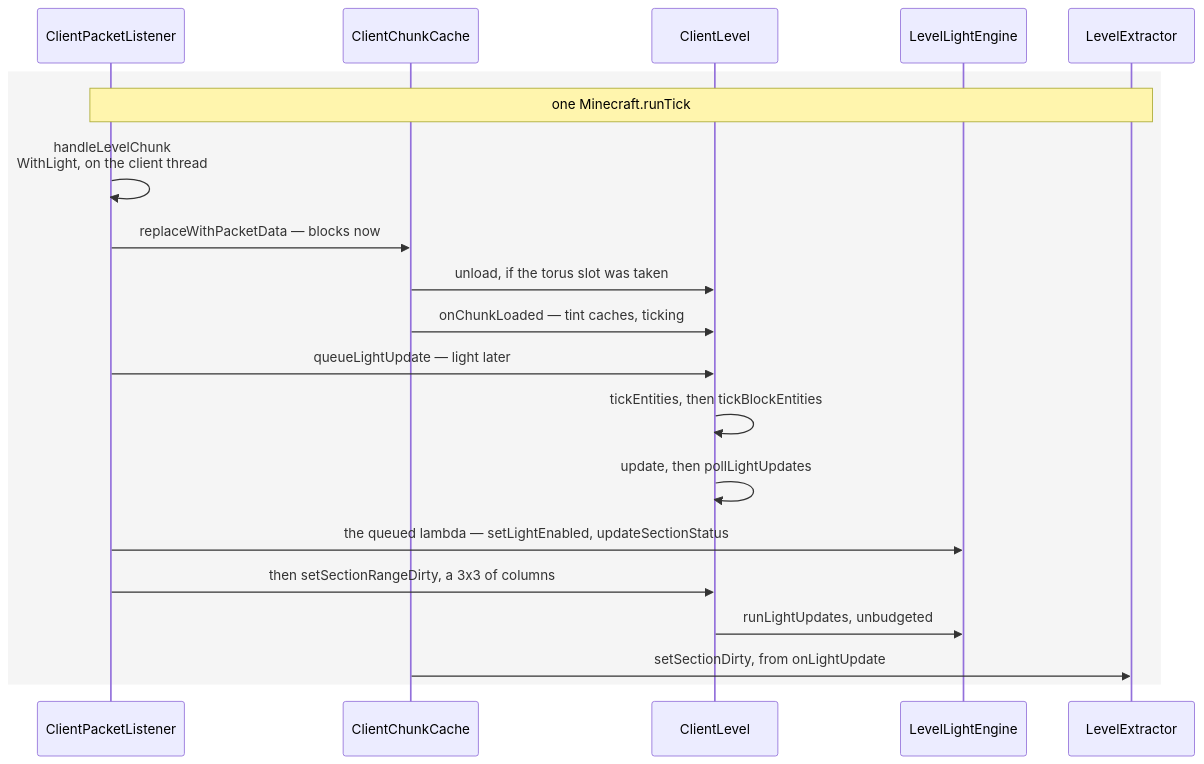
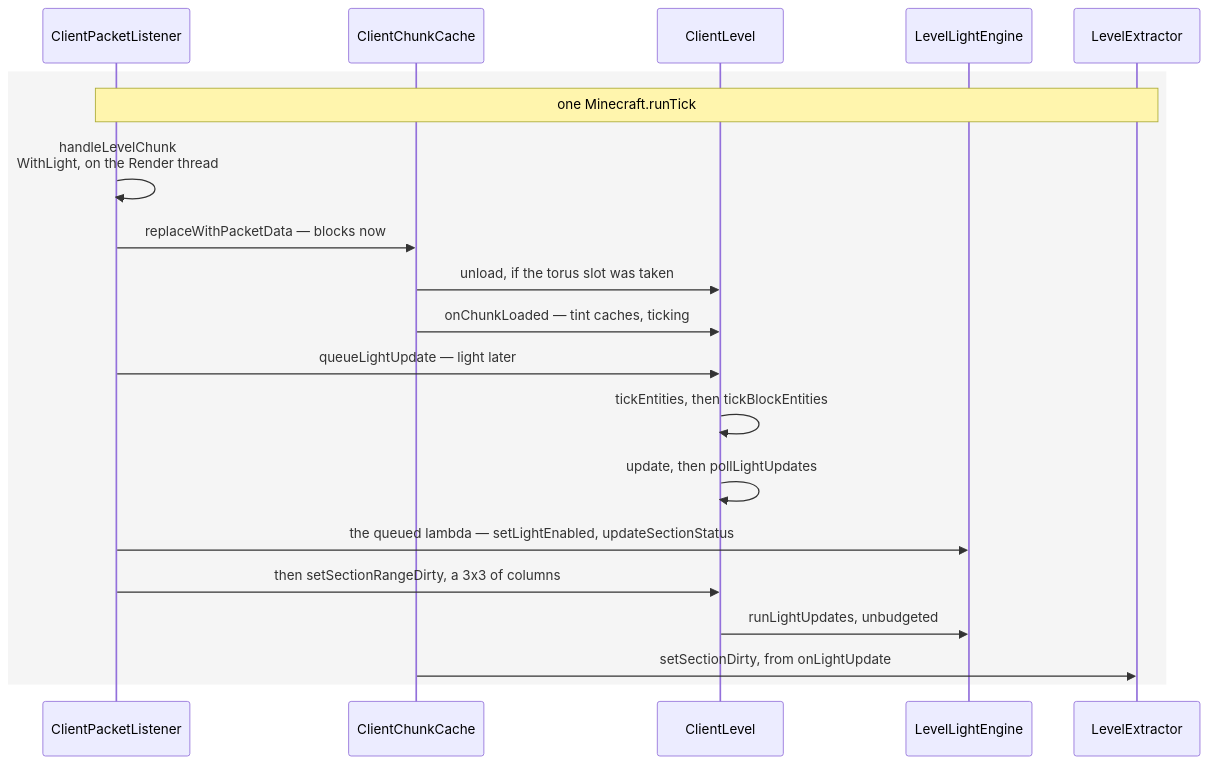
One commit to AlexanderjFraser/MinecraftDocs changed the diagram in src/systems/client/the-client-level.md. Above: the diagram before and after it, drawn with Mermaid. The commit also changed other lines of this file and 33 other files, not shown here.

````diff
--- a/src/systems/client/the-client-level.md
+++ b/src/systems/client/the-client-level.md
@@ -118,23 +107,23 @@
 ```mermaid
 sequenceDiagram
     participant CPL as ClientPacketListener
     participant CCC as ClientChunkCache
     participant CL as ClientLevel
     participant LLE as LevelLightEngine
     participant LX as LevelExtractor
 
     rect rgba(0, 0, 0, 0.04)
     Note over CPL,LX: one Minecraft.runTick
-    CPL->>CPL: handleLevelChunk<br/>WithLight, on the client thread
+    CPL->>CPL: handleLevelChunk<br/>WithLight, on the Render thread
     CPL->>CCC: replaceWithPacketData — blocks now
     CCC->>CL: unload, if the torus slot was taken
     CCC->>CL: onChunkLoaded — tint caches, ticking
     CPL->>CL: queueLightUpdate — light later
     CL->>CL: tickEntities, then tickBlockEntities
     CL->>CL: update, then pollLightUpdates
     CPL->>LLE: the queued lambda — setLightEnabled, updateSectionStatus
     CPL->>CL: then setSectionRangeDirty, a 3x3 of columns
     CL->>LLE: runLightUpdates, unbudgeted
     CCC->>LX: setSectionDirty, from onLightUpdate
     end
 ```
````
